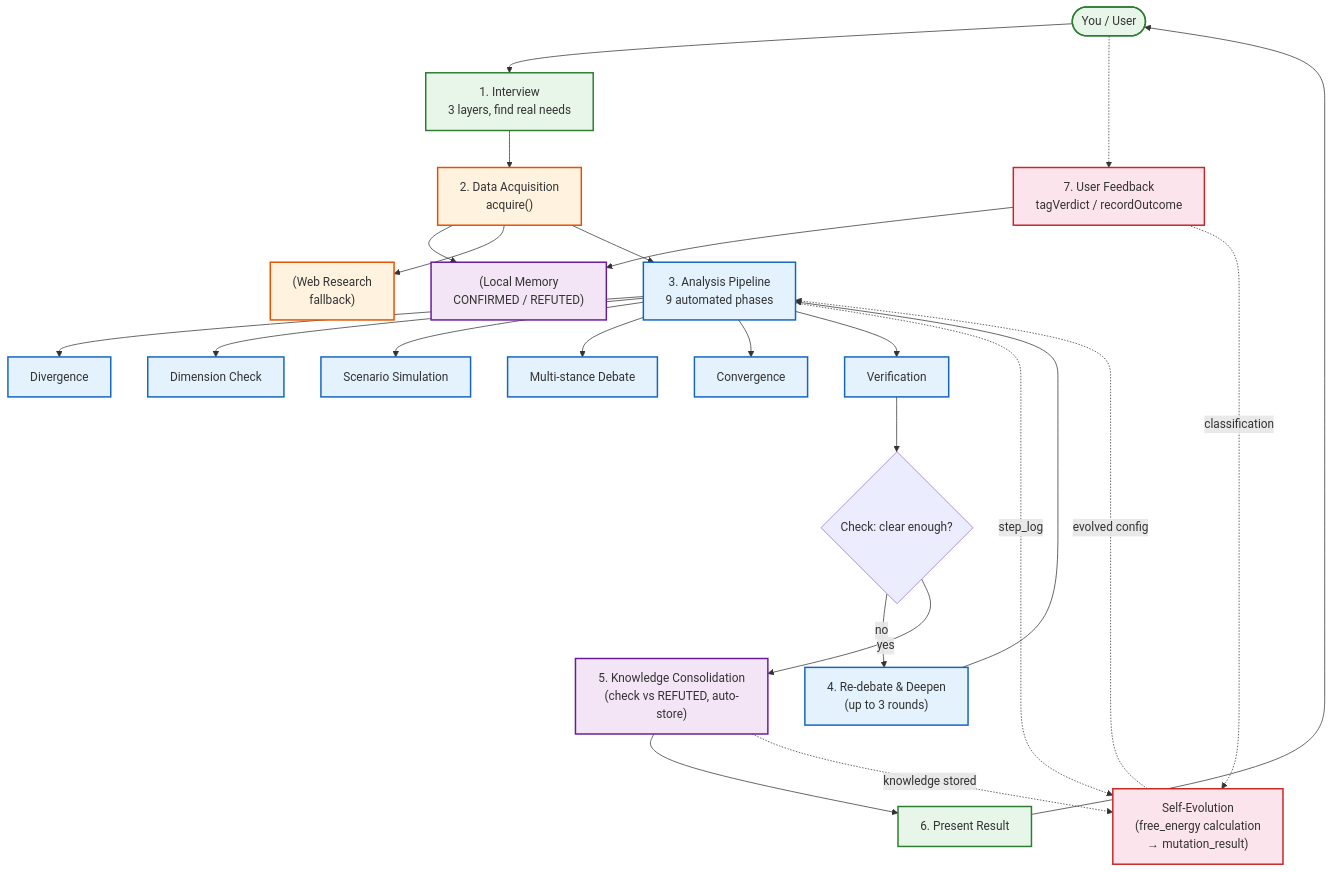
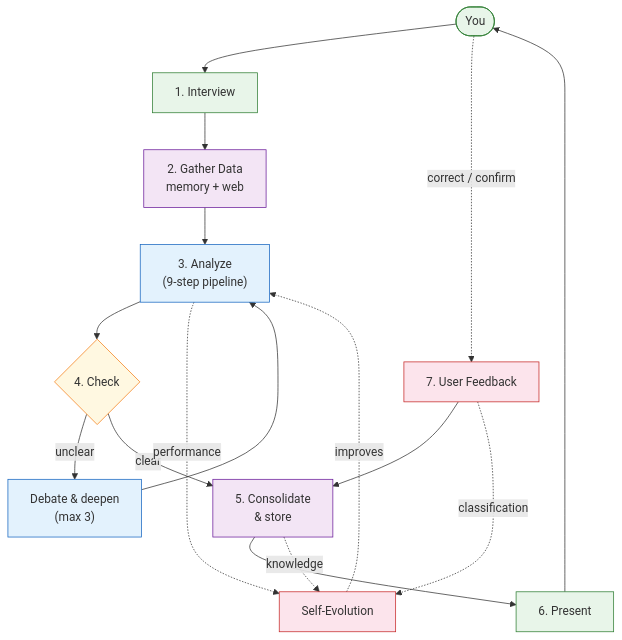
Before and after one commit to ljjluke/ponder-skill: the diagram in README.md, drawn with Mermaid. The commit also changed other lines of this file and 1 other file, not shown here.

Commit message:
docs: 增加MCTS-TD CLI说明 — 保留但独立于管道
- MCTS-TD仍可用, 但不参与主管道流程
- 在README中说明其位置: 可选CLI工具
- 管道用9步结构化思考, MCTS-TD用低层决策搜索
- 中英文同步

````diff
--- a/README.md
+++ b/README.md
@@ -63,37 +37,24 @@
 ```mermaid
 flowchart TB
-    classDef user fill:#e8f5e9,stroke:#2e7d32,stroke-width:2px
-    classDef pipeline fill:#e3f2fd,stroke:#1565c0,stroke-width:2px
-    classDef data fill:#fff3e0,stroke:#e65100,stroke-width:2px
-    classDef memory fill:#f3e5f5,stroke:#6a1b9a,stroke-width:2px
-    classDef evolve fill:#fce4ec,stroke:#c62828,stroke-width:2px
+    classDef user fill:#e8f5e9,stroke:#2e7d32
+    classDef pipe fill:#e3f2fd,stroke:#1565c0
+    classDef mem fill:#f3e5f5,stroke:#6a1b9a
+    classDef evolve fill:#fce4ec,stroke:#c62828
+    classDef check fill:#fff8e1,stroke:#f57f17
 
-    U(["You / User"]):::user --> I["1. Interview<br/>3 layers, find real needs"]:::user
-
-    I --> ACQ["2. Data Acquisition<br/>acquire()"]:::data
-    ACQ --> MMA["(Local Memory<br/>CONFIRMED / REFUTED)"]:::memory
-    ACQ --> WEB["(Web Research<br/>fallback)"]:::data
-
-    ACQ --> P["3. Analysis Pipeline<br/>9 automated phases"]:::pipeline
-    P --> P1["Divergence"]:::pipeline
-    P --> P2["Dimension Check"]:::pipeline
-    P --> P3["Scenario Simulation"]:::pipeline
-    P --> P4["Multi-stance Debate"]:::pipeline
-    P --> P5["Convergence"]:::pipeline
-    P --> P6["Verification"]:::pipeline
-
-    P6 --> V{"Check: clear enough?"}
-    V -->|no| D["4. Re-debate & Deepen<br/>(up to 3 rounds)"]:::pipeline
-    D --> P
-    V -->|yes| C["5. Knowledge Consolidation<br/>(check vs REFUTED, auto-store)"]:::memory
-
-    C --> PRES["6. Present Result"]:::user
-    PRES --> U
-    U -.-> FB["7. User Feedback<br/>tagVerdict / recordOutcome"]:::evolve
-    FB --> MMA
-
-    P -.->|step_log| EV["Self-Evolution<br/>(free_energy calculation<br/>→ mutation_result)"]:::evolve
-    C -.->|knowledge stored| EV
-    FB -.->|classification| EV
-    EV -.->|evolved config| P
+    U(["You"]):::user --> I["1. Interview"]:::user
+    I --> DQ["2. Gather Data<br/>memory + web"]:::mem
+    DQ --> PL["3. Analyze<br/>(9-step pipeline)"]:::pipe
+    PL --> V{"4. Check"}:::check
+    V -->|unclear| D["Debate & deepen<br/>(max 3)"]:::pipe
+    D --> PL
+    V -->|clear| C["5. Consolidate<br/>& store"]:::mem
+    C --> P["6. Present"]:::user
+    P --> U
+    U -.->|correct / confirm| F["7. User Feedback"]:::evolve
+    F --> C
+    PL -.->|performance| E["Self-Evolution"]:::evolve
+    C -.->|knowledge| E
+    F -.->|classification| E
+    E -.->|improves| PL
 ```
````
